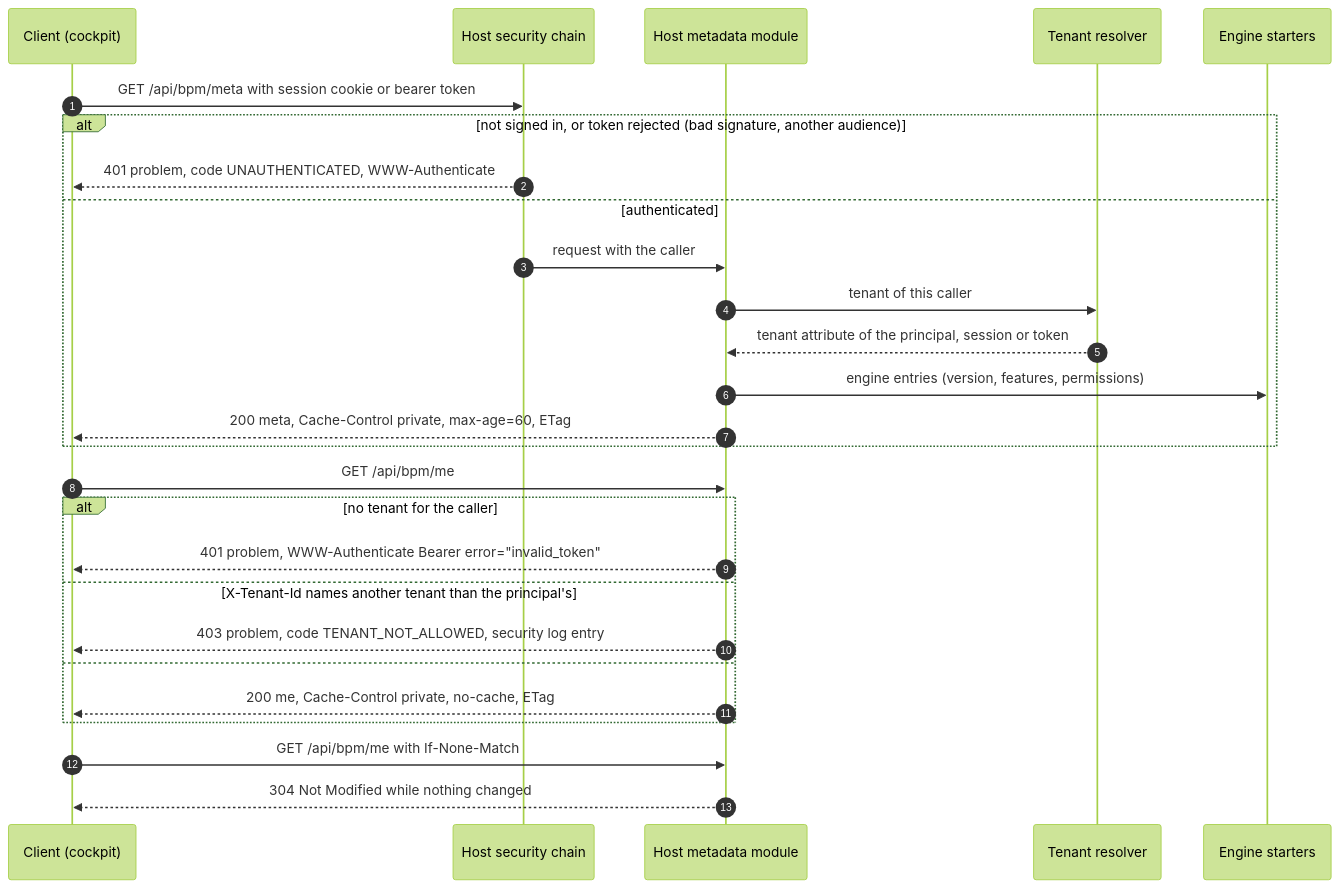
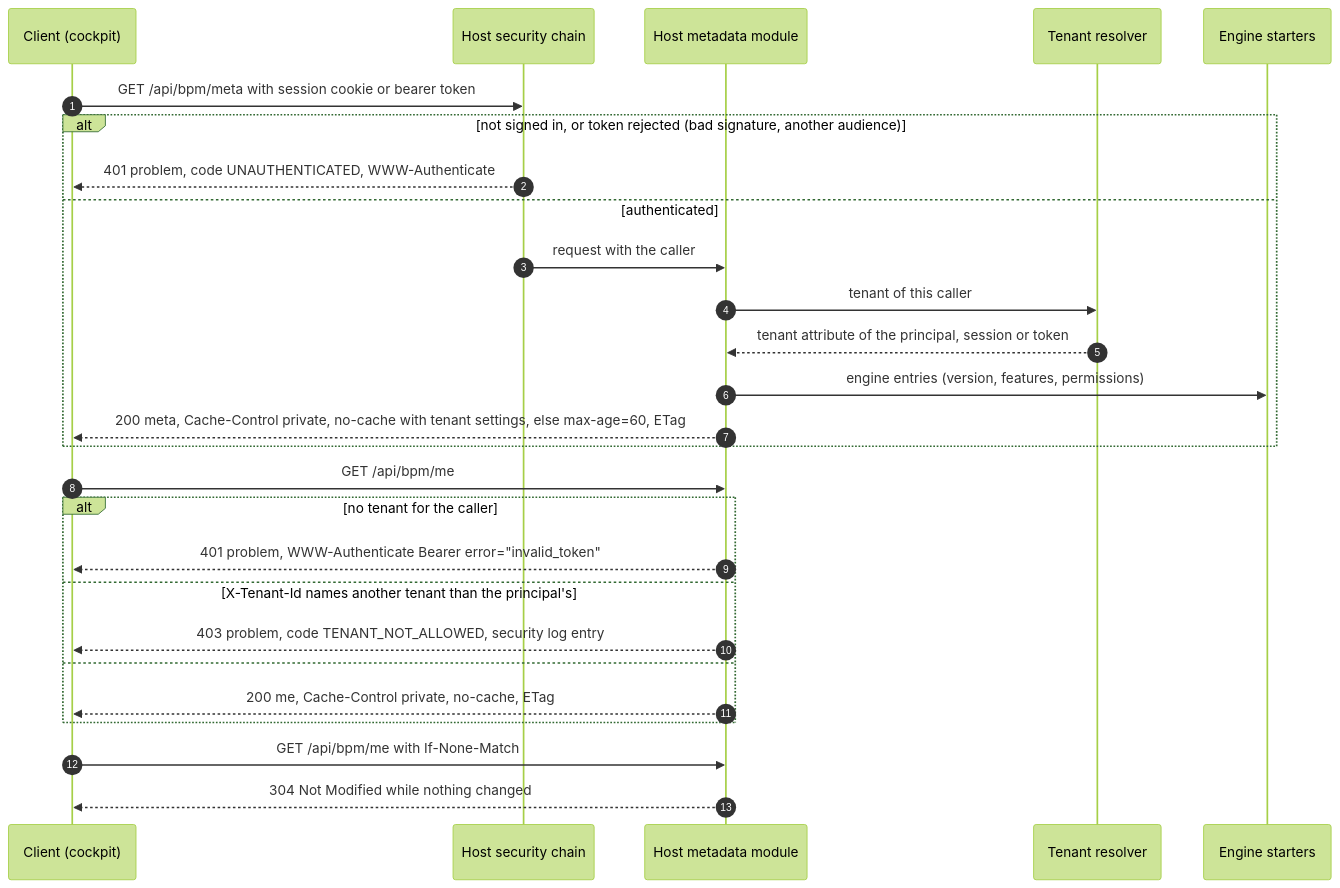
One commit to dhluong90/horus-Agentic-BPM changed the first of 2 diagrams in wiki/Host-Metadata-and-Permissions.md. Above: the diagram before and after it, drawn with Mermaid (forest theme). The commit also changed other lines of this file and 14 other files, not shown here.

First line of the commit message:
feat(platform): contain tenant settings in host info and revalidate it every time (#282)

````diff
--- a/wiki/Host-Metadata-and-Permissions.md
+++ b/wiki/Host-Metadata-and-Permissions.md
@@ -28,29 +28,29 @@
 ```mermaid
 sequenceDiagram
     autonumber
     participant C as Client (cockpit)
     participant S as Host security chain
     participant M as Host metadata module
     participant R as Tenant resolver
     participant E as Engine starters
     C->>S: GET /api/bpm/meta with session cookie or bearer token
     alt not signed in, or token rejected (bad signature, another audience)
         S-->>C: 401 problem, code UNAUTHENTICATED, WWW-Authenticate
     else authenticated
         S->>M: request with the caller
         M->>R: tenant of this caller
         R-->>M: tenant attribute of the principal, session or token
         M->>E: engine entries (version, features, permissions)
-        M-->>C: 200 meta, Cache-Control private, max-age=60, ETag
+        M-->>C: 200 meta, Cache-Control private, no-cache with tenant settings, else max-age=60, ETag
     end
     C->>M: GET /api/bpm/me
     alt no tenant for the caller
         M-->>C: 401 problem, WWW-Authenticate Bearer error="invalid_token"
     else X-Tenant-Id names another tenant than the principal's
         M-->>C: 403 problem, code TENANT_NOT_ALLOWED, security log entry
     else
         M-->>C: 200 me, Cache-Control private, no-cache, ETag
     end
     C->>M: GET /api/bpm/me with If-None-Match
     M-->>C: 304 Not Modified while nothing changed
 ```
````
